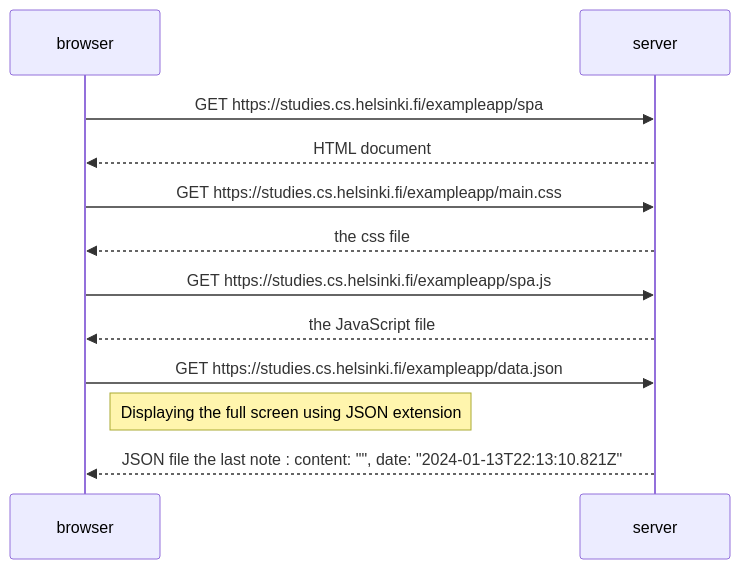
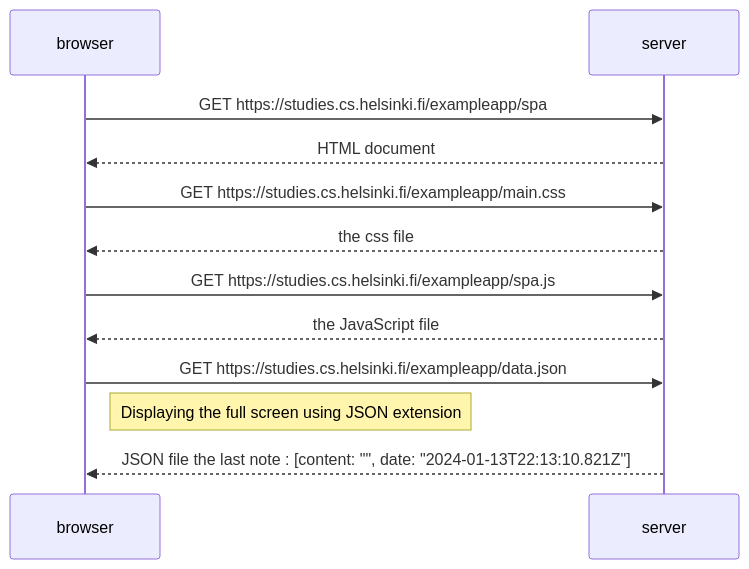
One commit to CheikhATGaye/FullStack changed the diagram in SinglePageApp.md. Above: the diagram before and after it, drawn with Mermaid. The commit also changed 1 other file, not shown here.

````diff
--- a/SinglePageApp.md
+++ b/SinglePageApp.md
@@ -2,21 +2,21 @@
 ```mermaid
 sequenceDiagram
     participant browser
     participant server
 
 
     browser->>server: GET https://studies.cs.helsinki.fi/exampleapp/spa
     server-->>browser: HTML document
 
     browser->>server: GET https://studies.cs.helsinki.fi/exampleapp/main.css
     server-->>browser: the css file
 
     browser->>server: GET https://studies.cs.helsinki.fi/exampleapp/spa.js
     server-->>browser: the JavaScript file
 
     browser->>server: GET https://studies.cs.helsinki.fi/exampleapp/data.json
     Note right of browser : Displaying the full screen using JSON extension
-    server-->>browser: JSON file the last note : content: "", date: "2024-01-13T22:13:10.821Z"
+    server-->>browser: JSON file the last note : [content: "", date: "2024-01-13T22:13:10.821Z"]
 
 
 ```
````
